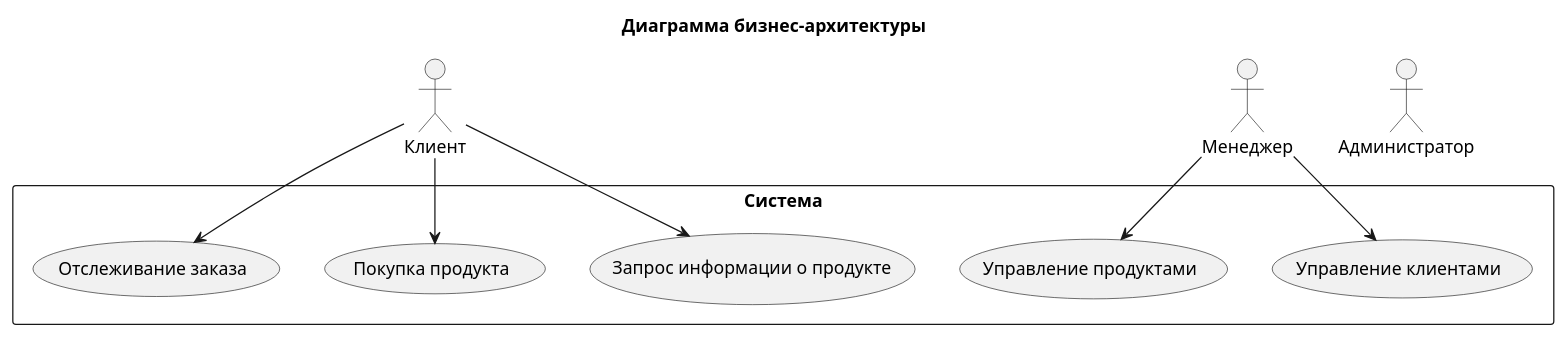
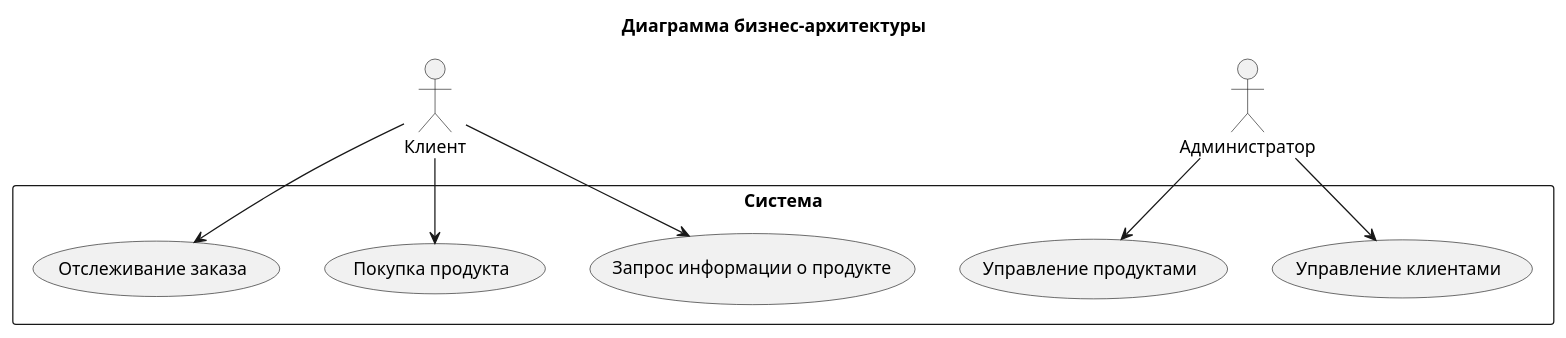
One commit to TeraGigaByte/internet-shop-project changed the diagram in business-architecture/business-architecture-diagram.puml. Above: the diagram before and after it, drawn with PlantUML.

```diff
--- a/business-architecture/business-architecture-diagram.puml
+++ b/business-architecture/business-architecture-diagram.puml
@@ -1,21 +1,21 @@
 @startuml
 title Диаграмма бизнес-архитектуры
 
 actor Клиент
 actor Администратор
 
 rectangle Система {
   usecase "Запрос информации о продукте" as UC1
   usecase "Покупка продукта" as UC2
   usecase "Отслеживание заказа" as UC3
   usecase "Управление продуктами" as UC4
   usecase "Управление клиентами" as UC5
 }
 
 Клиент --> UC1
 Клиент --> UC2
 Клиент --> UC3
-Менеджер --> UC4
-Менеджер --> UC5
+Администратор --> UC4
+Администратор --> UC5
 
 @enduml
```
